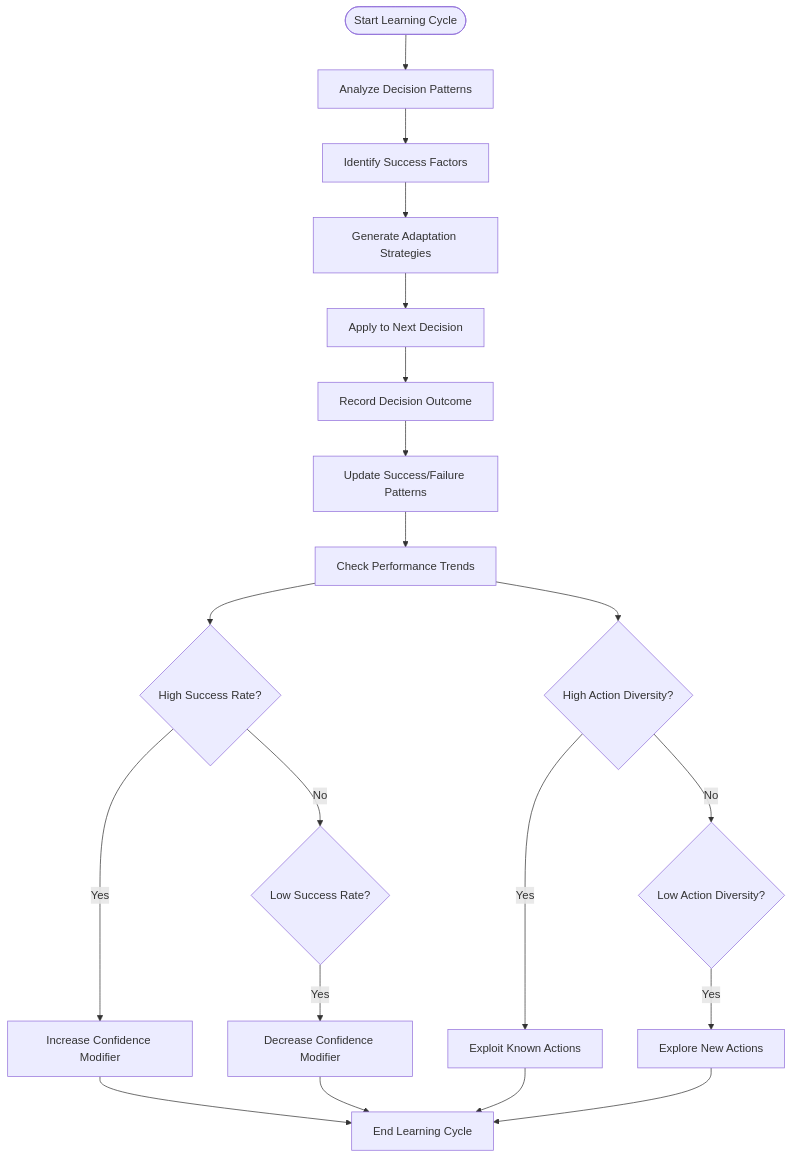
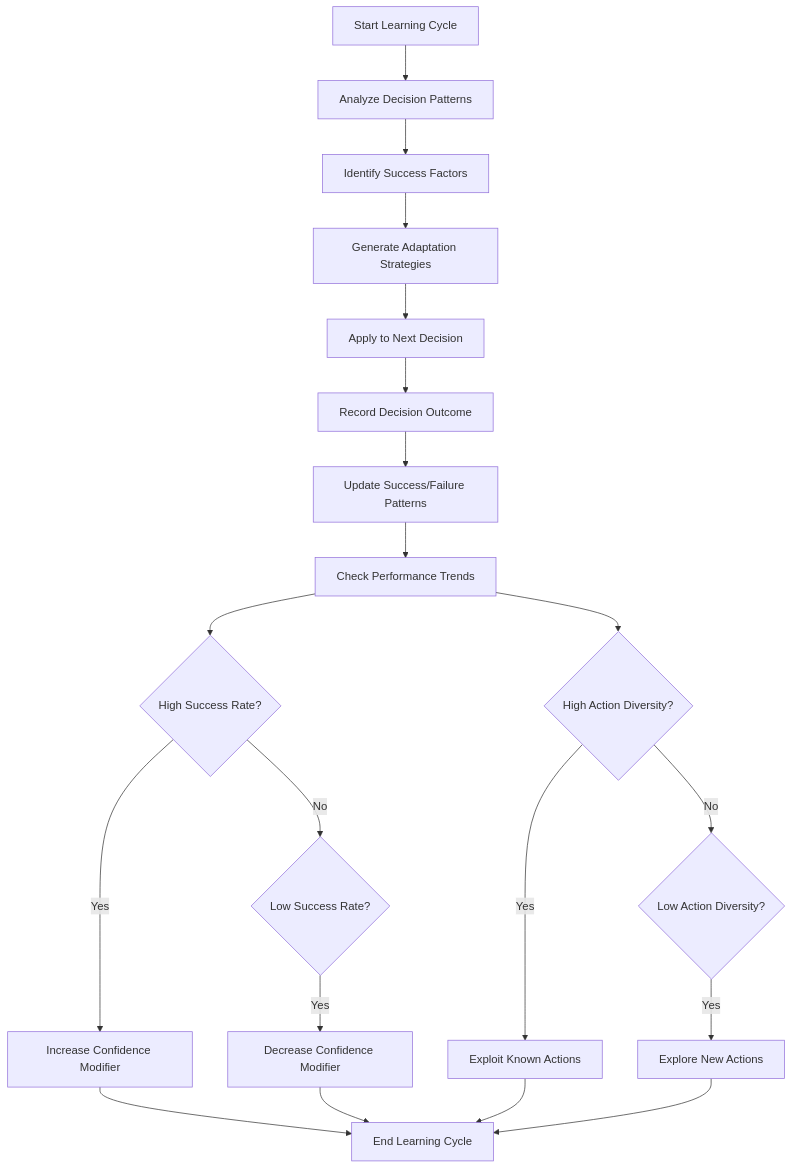
Before and after one commit to Likhithsai2580/RAVANA-WIKI: the seventh of 17 diagrams in docs/Core System/AGISystem Orchestration.md, drawn with Mermaid. The commit also changed other lines of this file and 52 other files, not shown here.

First line of the commit message:
chore(docs): update documentation content, fix Mermaid diagrams, and enhance README

````diff
--- a/docs/Core System/AGISystem Orchestration.md
+++ b/docs/Core System/AGISystem Orchestration.md
@@ -431,22 +431,22 @@
 ```mermaid
 flowchart TD
-Start([Start Learning Cycle]) --> AnalyzePatterns["Analyze Decision Patterns"]
+Start["Start Learning Cycle"] --> AnalyzePatterns["Analyze Decision Patterns"]
 AnalyzePatterns --> IdentifyFactors["Identify Success Factors"]
 IdentifyFactors --> GenerateStrategies["Generate Adaptation Strategies"]
 GenerateStrategies --> ApplyToDecision["Apply to Next Decision"]
 ApplyToDecision --> RecordOutcome["Record Decision Outcome"]
 RecordOutcome --> UpdatePatterns["Update Success/Failure Patterns"]
 UpdatePatterns --> CheckPerformance["Check Performance Trends"]
 CheckPerformance --> HighPerformance{High Success Rate?}
 HighPerformance --> |Yes| IncreaseConfidence["Increase Confidence Modifier"]
 HighPerformance --> |No| LowPerformance{Low Success Rate?}
 LowPerformance --> |Yes| DecreaseConfidence["Decrease Confidence Modifier"]
 CheckPerformance --> HighDiversity{High Action Diversity?}
 HighDiversity --> |Yes| ExploitKnown["Exploit Known Actions"]
 HighDiversity --> |No| LowDiversity{Low Action Diversity?}
 LowDiversity --> |Yes| ExploreNew["Explore New Actions"]
 IncreaseConfidence --> EndCycle["End Learning Cycle"]
 DecreaseConfidence --> EndCycle
 ExploitKnown --> EndCycle
 ExploreNew --> EndCycle
 ```
````
